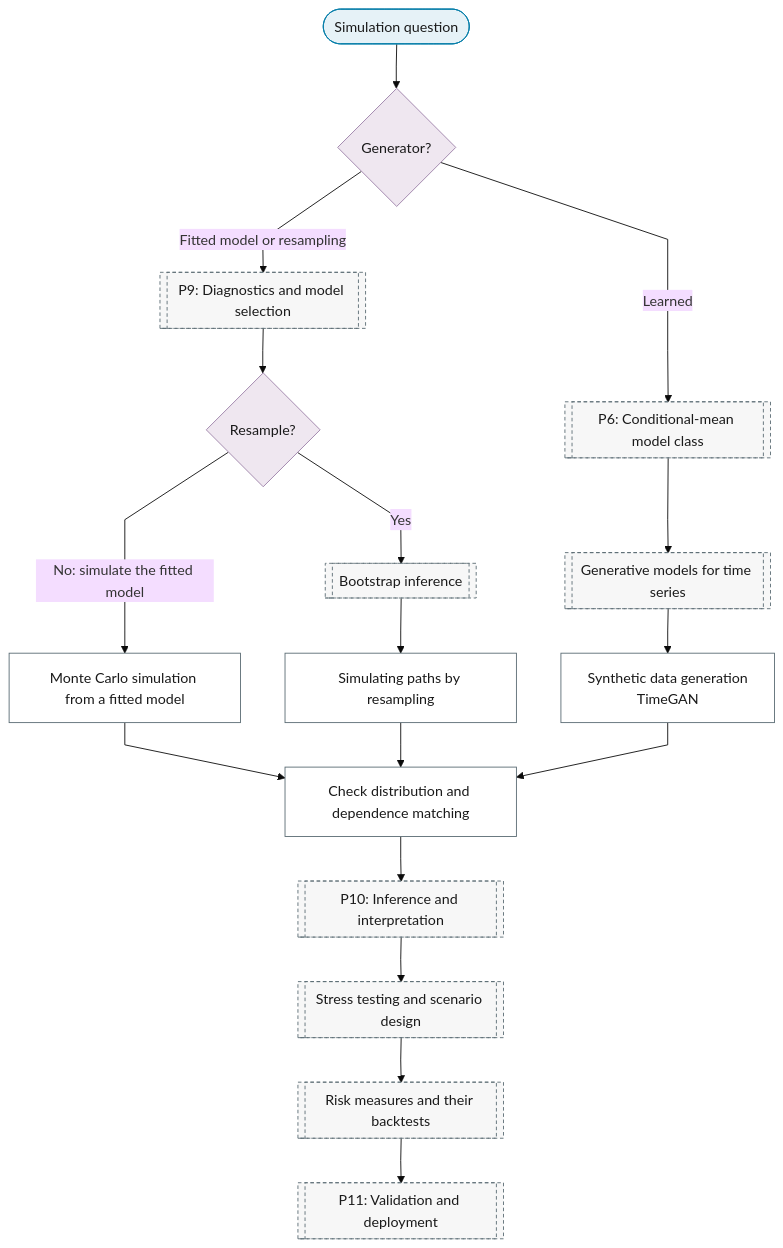
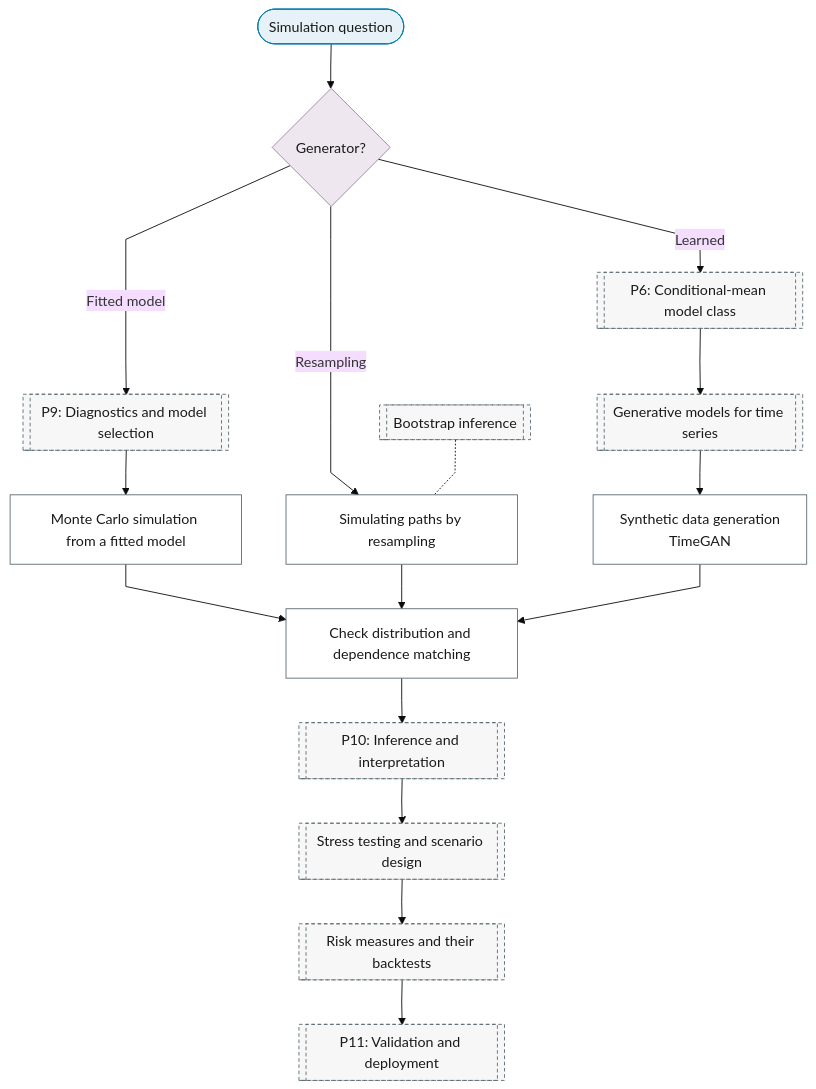
The diagram in docs/01-workflow/p02-purpose/10-simulation.md (Shuxin-Y/time-series-analysis-manual), drawn with Mermaid (base theme) before and after one commit. The commit also changed 6 other files, not shown here.

First line of the commit message:
fix(flowchart): P6 asks whether a conditional-mean model is the deliverable; no-model paths skip P6 to P9 (rev1 R2-1)

````diff
--- a/docs/01-workflow/p02-purpose/10-simulation.md
+++ b/docs/01-workflow/p02-purpose/10-simulation.md
@@ -7,30 +7,29 @@
 ```mermaid
 %%{init: {"flowchart": {"curve": "linear"}}}%%
 graph TD
     P2_SM_IN(["Simulation question"]) --> P2_SM_SOURCE{"Generator?"}
     P2_SM_SOURCE -->|"Learned"| P6[["P6: Conditional-mean model class"]]
-    P2_SM_SOURCE -->|"Fitted model or resampling"| P9[["P9: Diagnostics and model selection"]]
+    P2_SM_SOURCE -->|"Fitted model"| P9[["P9: Diagnostics and model selection"]]
+    P2_SM_SOURCE -->|"Resampling"| P2_SM_BOOTSTRAP_PATHS["Simulating paths by resampling"]
     P6 --> P6_GENERATIVE[["Generative models for time series"]]
     P6_GENERATIVE --> P2_SM_SYNTHETIC["Synthetic data generation<br/>TimeGAN"]
-    P9 --> P2_SM_RESAMPLE{"Resample?"}
-    P2_SM_RESAMPLE -->|"No: simulate the fitted model"| P2_SM_MONTE_CARLO["Monte Carlo simulation from a fitted model"]
-    P2_SM_RESAMPLE -->|"Yes"| P9_BOOTSTRAP[["Bootstrap inference"]]
-    P9_BOOTSTRAP --> P2_SM_BOOTSTRAP_PATHS["Simulating paths by resampling"]
+    P9 --> P2_SM_MONTE_CARLO["Monte Carlo simulation from a fitted model"]
+    P9_BOOTSTRAP[["Bootstrap inference"]] -.- P2_SM_BOOTSTRAP_PATHS
     P2_SM_MONTE_CARLO & P2_SM_BOOTSTRAP_PATHS & P2_SM_SYNTHETIC --> P2_SM_DISTRIBUTION_MATCH["Check distribution and dependence matching"]
     P2_SM_DISTRIBUTION_MATCH --> P10[["P10: Inference and interpretation"]]
     P10 --> P10_SCENARIOS[["Stress testing and scenario design"]]
     P10_SCENARIOS --> P10_RISK_MEASURES[["Risk measures and their backtests"]]
     P10_RISK_MEASURES --> P11[["P11: Validation and deployment"]]
     class P2_SM_IN terminator
-    class P2_SM_SOURCE,P2_SM_RESAMPLE decision
-    class P2_SM_SYNTHETIC,P2_SM_MONTE_CARLO,P2_SM_BOOTSTRAP_PATHS,P2_SM_DISTRIBUTION_MATCH process
+    class P2_SM_SOURCE decision
+    class P2_SM_BOOTSTRAP_PATHS,P2_SM_SYNTHETIC,P2_SM_MONTE_CARLO,P2_SM_DISTRIBUTION_MATCH process
     class P6,P9,P6_GENERATIVE,P9_BOOTSTRAP,P10,P10_SCENARIOS,P10_RISK_MEASURES,P11 ref
     classDef terminator fill:#E6F2F7,stroke:#007BA7,color:#1A1A1A;
     classDef process fill:#FFFFFF,stroke:#5A6B73,color:#1A1A1A;
     classDef decision fill:#EFE7F0,stroke:#9B7FA7,color:#1A1A1A;
     classDef data fill:#FFF4E0,stroke:#C9A55E,color:#1A1A1A;
     classDef good fill:#DCEFD8,stroke:#4A7A3F,color:#1A1A1A;
     classDef escalate fill:#FFE9C2,stroke:#C9A55E,color:#1A1A1A;
     classDef problem fill:#F2D9DE,stroke:#800020,color:#1A1A1A;
     classDef ref fill:#F7F7F7,stroke:#5A6B73,color:#1A1A1A,stroke-dasharray:4 3;
 ```
````
